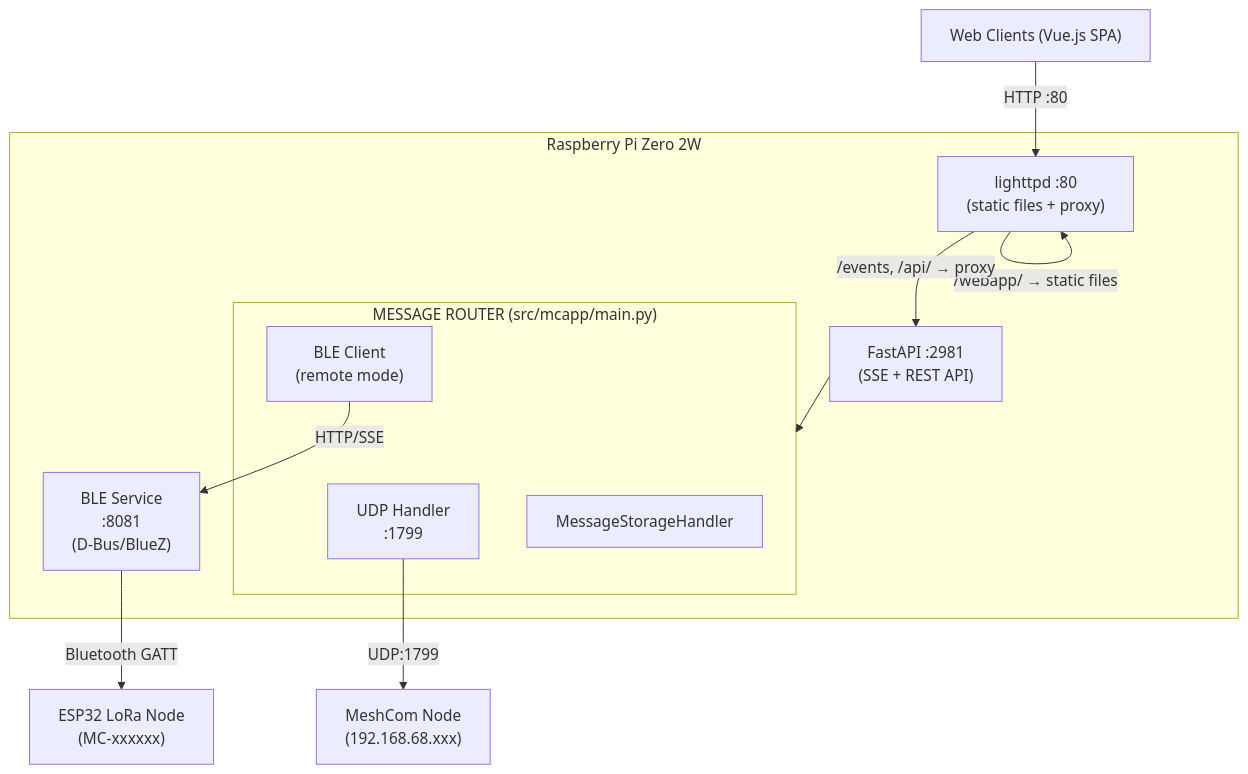
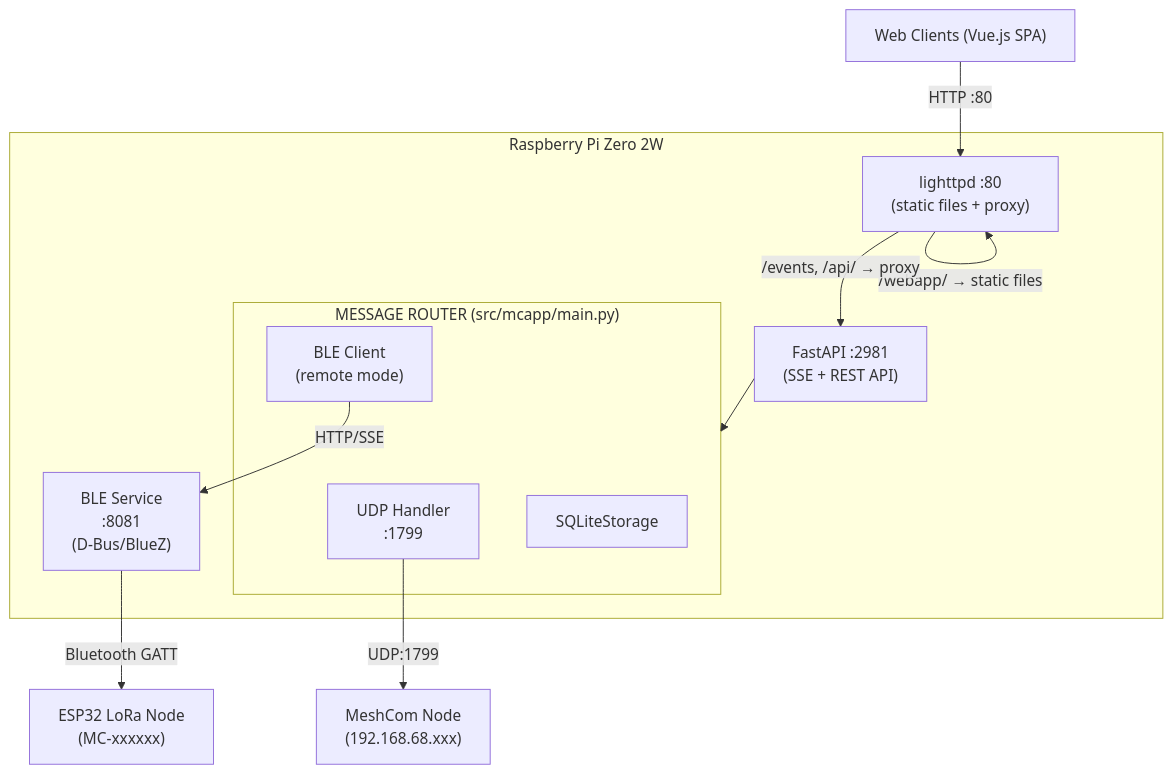
One commit to DK5EN/McApp changed the first of 3 diagrams in CLAUDE.md. Above: the diagram before and after it, drawn with Mermaid. The commit also changed other lines of this file and 3 other files, not shown here.

````diff
--- a/CLAUDE.md
+++ b/CLAUDE.md
@@ -12,26 +12,26 @@
 ```mermaid
 flowchart TD
     WC["Web Clients (Vue.js SPA)"]
 
     WC -- "HTTP :80" --> LH
 
     subgraph Pi["Raspberry Pi Zero 2W"]
         LH["lighttpd :80<br/>(static files + proxy)"]
         FA["FastAPI :2981<br/>(SSE + REST API)"]
         BLES["BLE Service<br/>:8081<br/>(D-Bus/BlueZ)"]
 
         subgraph MR["MESSAGE ROUTER (src/mcapp/main.py)"]
             UDP["UDP Handler<br/>:1799"]
             BLE["BLE Client<br/>(remote mode)"]
-            MSH["MessageStorageHandler"]
+            MSH["SQLiteStorage"]
         end
 
         LH -- "/webapp/ → static files" --> LH
         LH -- "/events, /api/ → proxy" --> FA
         FA --> MR
         BLE -- "HTTP/SSE" --> BLES
     end
 
     UDP -- "UDP:1799" --> MCN["MeshCom Node<br/>(192.168.68.xxx)"]
     BLES -- "Bluetooth GATT" --> ESP["ESP32 LoRa Node<br/>(MC-xxxxxx)"]
 ```
````
